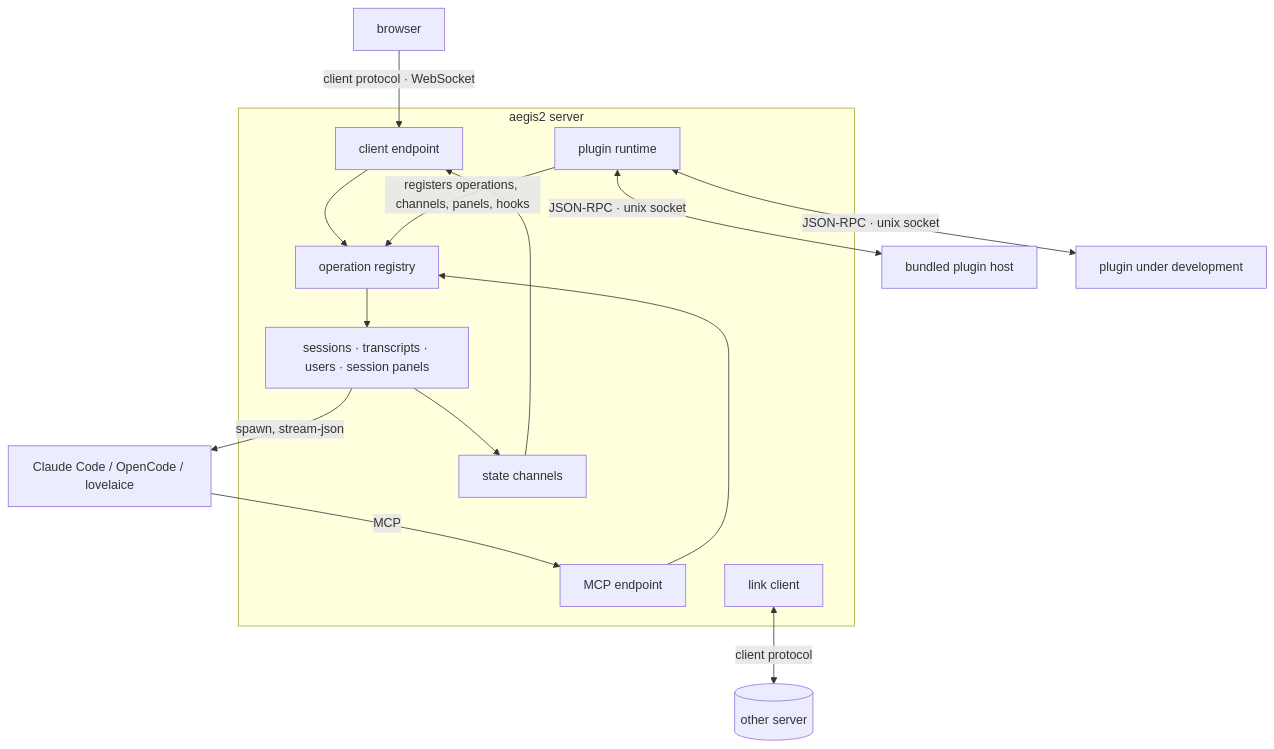
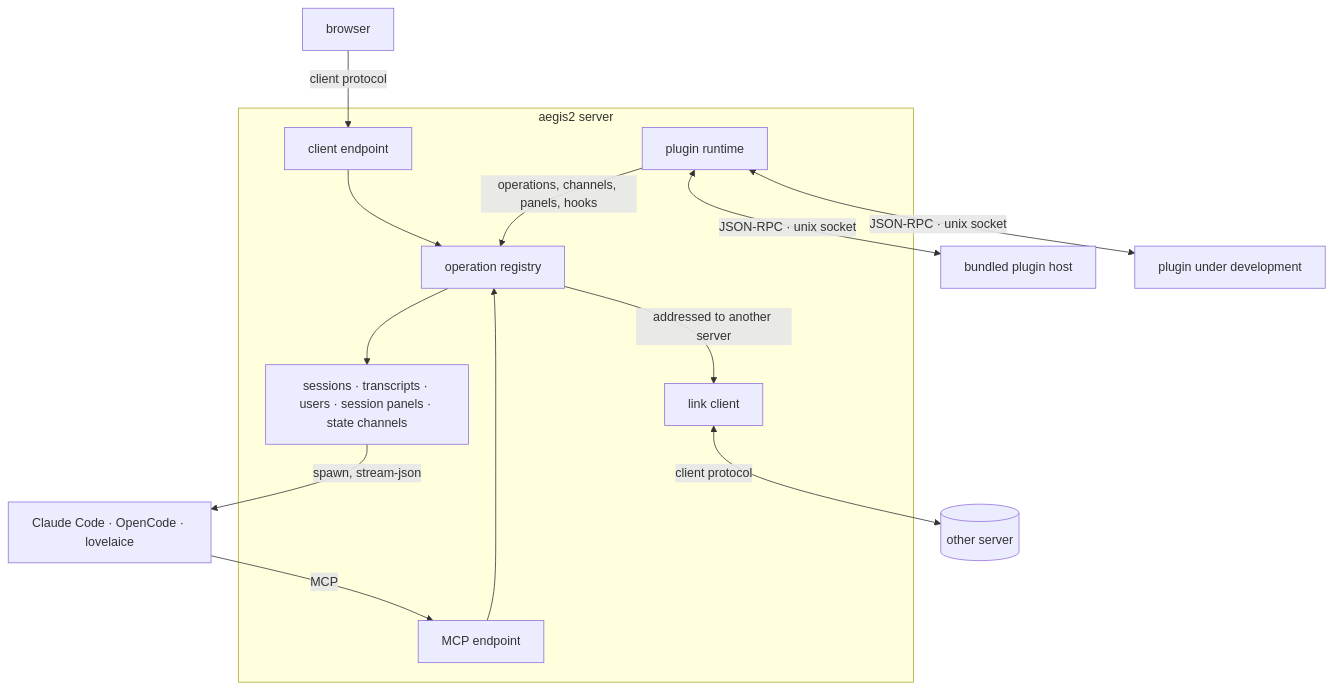
Before and after one commit to apiad/aegis: the third of 6 diagrams in docs/superpowers/specs/2026-10-05-aegis2-vision-design.md, drawn with Mermaid. The commit also changed other lines of this file and 1 other file, not shown here.

First line of the commit message:
docs(spec): aegis2 vision diagrams readable, add HTML companion

````diff
--- a/docs/superpowers/specs/2026-10-05-aegis2-vision-design.md
+++ b/docs/superpowers/specs/2026-10-05-aegis2-vision-design.md
@@ -179,19 +171,16 @@
 ```mermaid
 flowchart TB
-  BR[browser] -->|client protocol · WebSocket| CP
-  HN[Claude Code / OpenCode / lovelaice] -->|MCP| MCP
+  BR[browser] -->|client protocol| CP
+  HN[Claude Code · OpenCode · lovelaice] -->|MCP| MCP
   subgraph S["aegis2 server"]
     CP[client endpoint] --> REG
     MCP[MCP endpoint] --> REG
-    REG[operation registry] --> CORE
-    CORE[sessions · transcripts · users · session panels]
-    CH[state channels] --> CP
-    CORE --> CH
-    RT[plugin runtime] -->|registers operations, channels, panels, hooks| REG
-    LC[link client]
+    REG[operation registry] --> CORE[sessions · transcripts · users · session panels · state channels]
+    REG -->|addressed to another server| LC[link client]
+    RT[plugin runtime] -->|operations, channels, panels, hooks| REG
   end
   CORE -->|spawn, stream-json| HN
+  LC <-->|client protocol| OS[(other server)]
   RT <-->|JSON-RPC · unix socket| BH[bundled plugin host]
   RT <-->|JSON-RPC · unix socket| DP[plugin under development]
-  LC <-->|client protocol| OS[(other server)]
 ```
````
